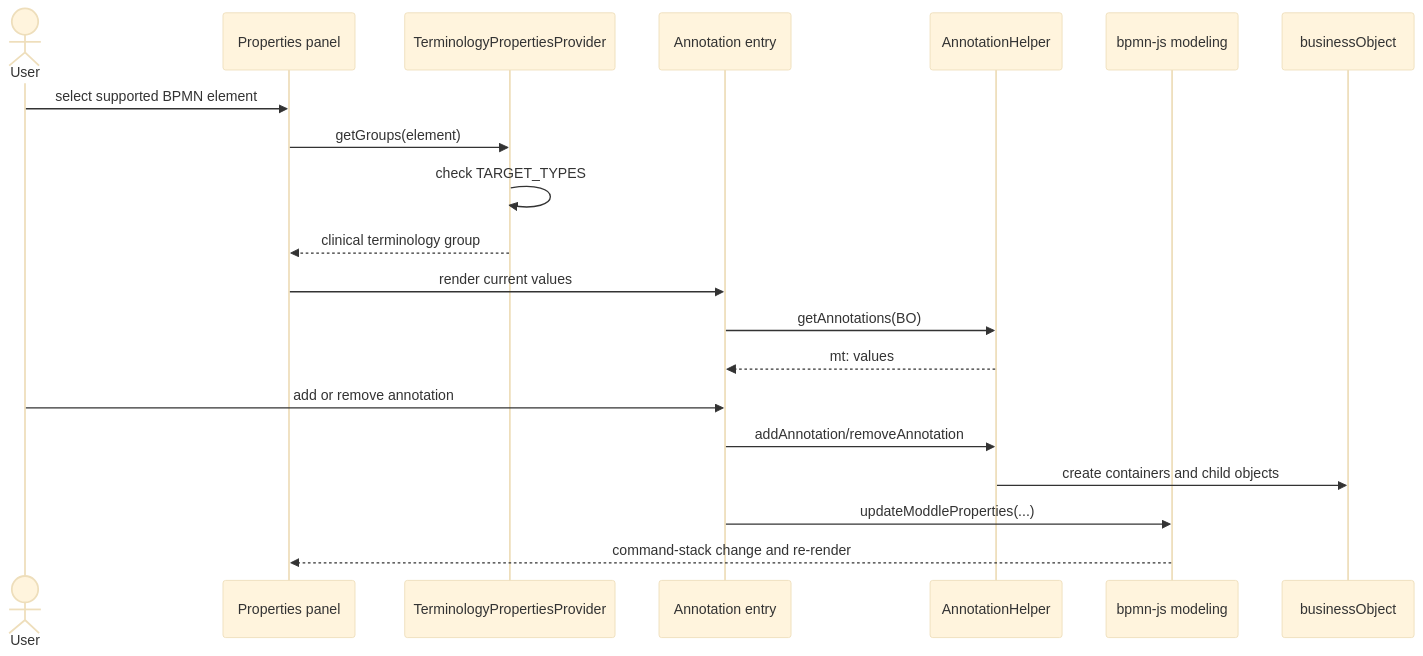
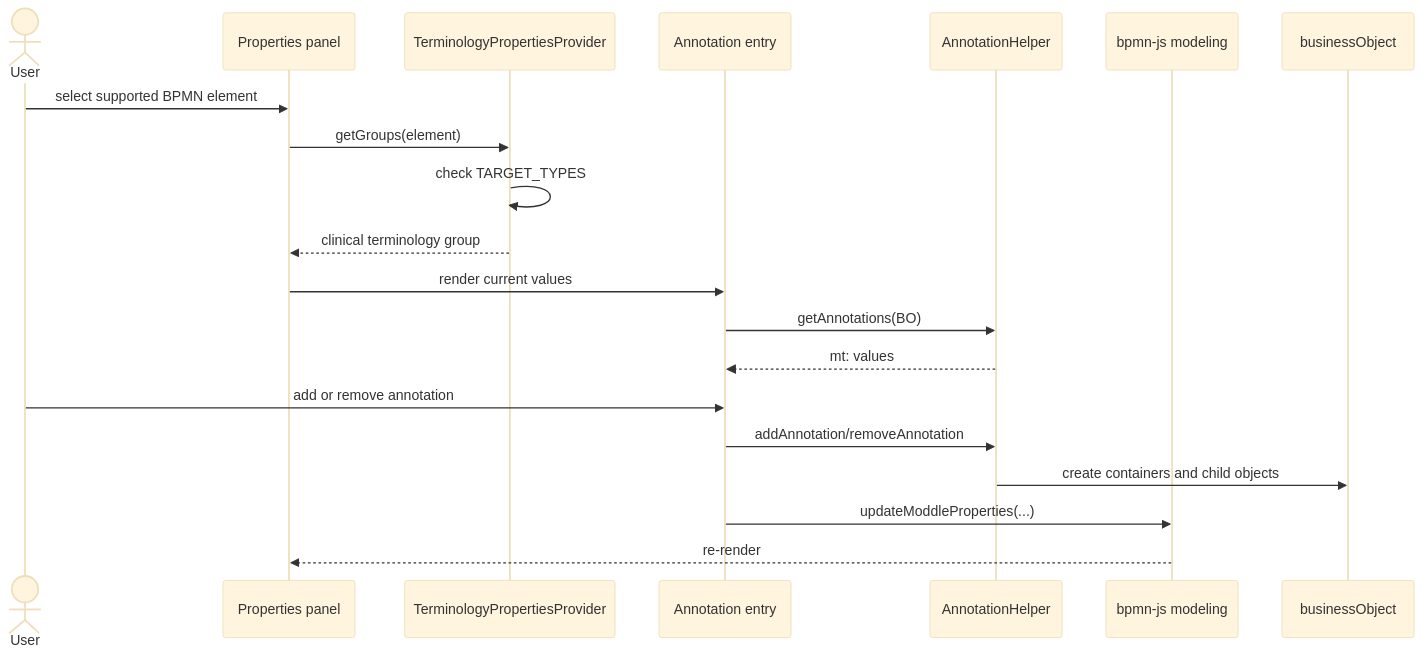
One commit to forschungsgruppe-digital-health/bpmn-extension-medical-terminology changed the diagram in docs/arc42/06_runtime_view.md. Above: the diagram before and after it, drawn with Mermaid (base theme). The commit also changed other lines of this file and 10 other files, not shown here.

````diff
--- a/docs/arc42/06_runtime_view.md
+++ b/docs/arc42/06_runtime_view.md
@@ -36,23 +36,23 @@
 ```mermaid
 sequenceDiagram
     actor User
     participant Panel as Properties panel
     participant Provider as TerminologyPropertiesProvider
     participant Entry as Annotation entry
     participant Helper as AnnotationHelper
     participant Modeling as bpmn-js modeling
     participant BO as businessObject
 
     User->>Panel: select supported BPMN element
     Panel->>Provider: getGroups(element)
     Provider->>Provider: check TARGET_TYPES
     Provider-->>Panel: clinical terminology group
     Panel->>Entry: render current values
     Entry->>Helper: getAnnotations(BO)
     Helper-->>Entry: mt: values
     User->>Entry: add or remove annotation
     Entry->>Helper: addAnnotation/removeAnnotation
     Helper->>BO: create containers and child objects
     Entry->>Modeling: updateModdleProperties(...)
-    Modeling-->>Panel: command-stack change and re-render
+    Modeling-->>Panel: re-render
 ```
````
